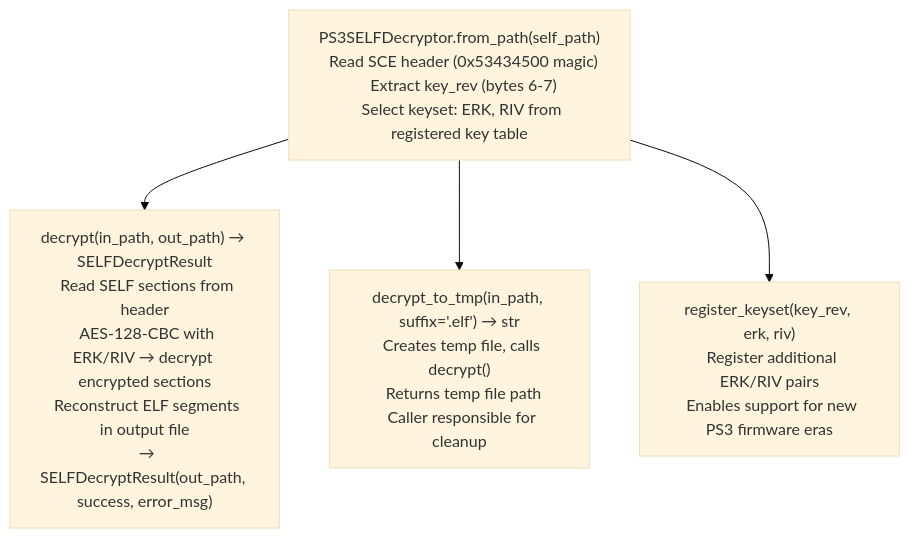
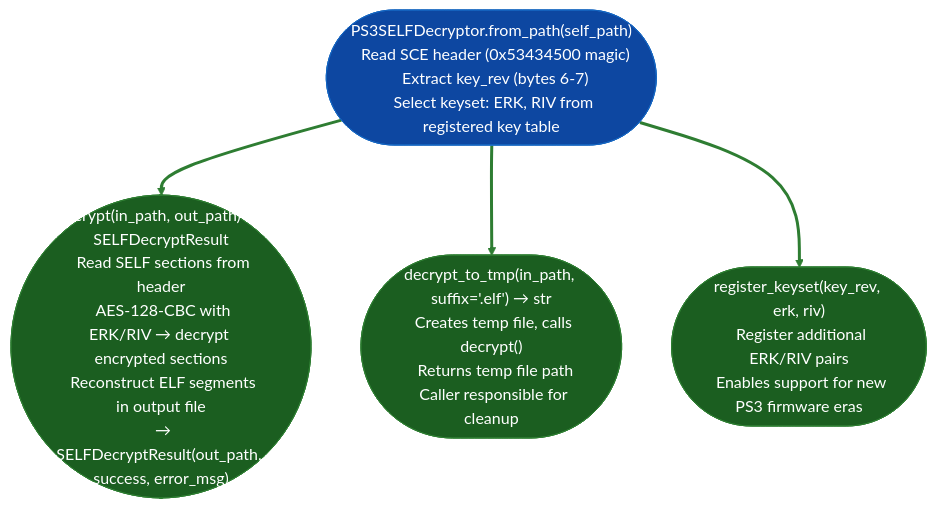
One commit to Ablation-Tool/ablation changed the diagram in docs/reference-modules/elf-recovery-from-physical-memory-dumps.md. Above: the diagram before and after it, drawn with Mermaid (base theme). The commit also changed 320 other files, not shown here.

First line of the commit message:
docs: apply canonical Mermaid template to all 321 diagrams

````diff
--- a/docs/reference-modules/elf-recovery-from-physical-memory-dumps.md
+++ b/docs/reference-modules/elf-recovery-from-physical-memory-dumps.md
@@ -19,6 +19,15 @@
 ```mermaid
 flowchart TD
-    A["PS3SELFDecryptor.from_path(self_path)\n  Read SCE header (0x53434500 magic)\n  Extract key_rev (bytes 6-7)\n  Select keyset: ERK, RIV from registered key table"] --> B["decrypt(in_path, out_path) → SELFDecryptResult\n  Read SELF sections from header\n  AES-128-CBC with ERK/RIV → decrypt encrypted sections\n  Reconstruct ELF segments in output file\n  → SELFDecryptResult(out_path, success, error_msg)"]
-    A --> C["decrypt_to_tmp(in_path, suffix='.elf') → str\n  Creates temp file, calls decrypt()\n  Returns temp file path\n  Caller responsible for cleanup"]
-    A --> D["register_keyset(key_rev, erk, riv)\n  Register additional ERK/RIV pairs\n  Enables support for new PS3 firmware eras"]
+    A(["PS3SELFDecryptor.from_path(self_path)\n  Read SCE header (0x53434500 magic)\n  Extract key_rev (bytes 6-7)\n  Select keyset: ERK, RIV from registered key table"]):::input --> B(["decrypt(in_path, out_path) → SELFDecryptResult\n  Read SELF sections from header\n  AES-128-CBC with ERK/RIV → decrypt encrypted sections\n  Reconstruct ELF segments in output file\n  → SELFDecryptResult(out_path, success, error_msg)"]):::output
+    A:::input --> C(["decrypt_to_tmp(in_path, suffix='.elf') → str\n  Creates temp file, calls decrypt()\n  Returns temp file path\n  Caller responsible for cleanup"]):::output
+    A:::input --> D(["register_keyset(key_rev, erk, riv)\n  Register additional ERK/RIV pairs\n  Enables support for new PS3 firmware eras"]):::output
+    classDef input     fill:#0d47a1,stroke:#1565c0,color:#fff
+    classDef primary   fill:#e65100,stroke:#bf360c,color:#fff
+    classDef secondary fill:#004d40,stroke:#00695c,color:#fff
+    classDef tertiary  fill:#4a148c,stroke:#6a1b9a,color:#fff
+    classDef neutral   fill:#37474f,stroke:#546e7a,color:#fff
+    classDef output    fill:#1b5e20,stroke:#2e7d32,color:#fff
+    linkStyle 0 stroke:#2e7d32,stroke-width:3px
+    linkStyle 1 stroke:#2e7d32,stroke-width:3px
+    linkStyle 2 stroke:#2e7d32,stroke-width:3px
 ```
````
